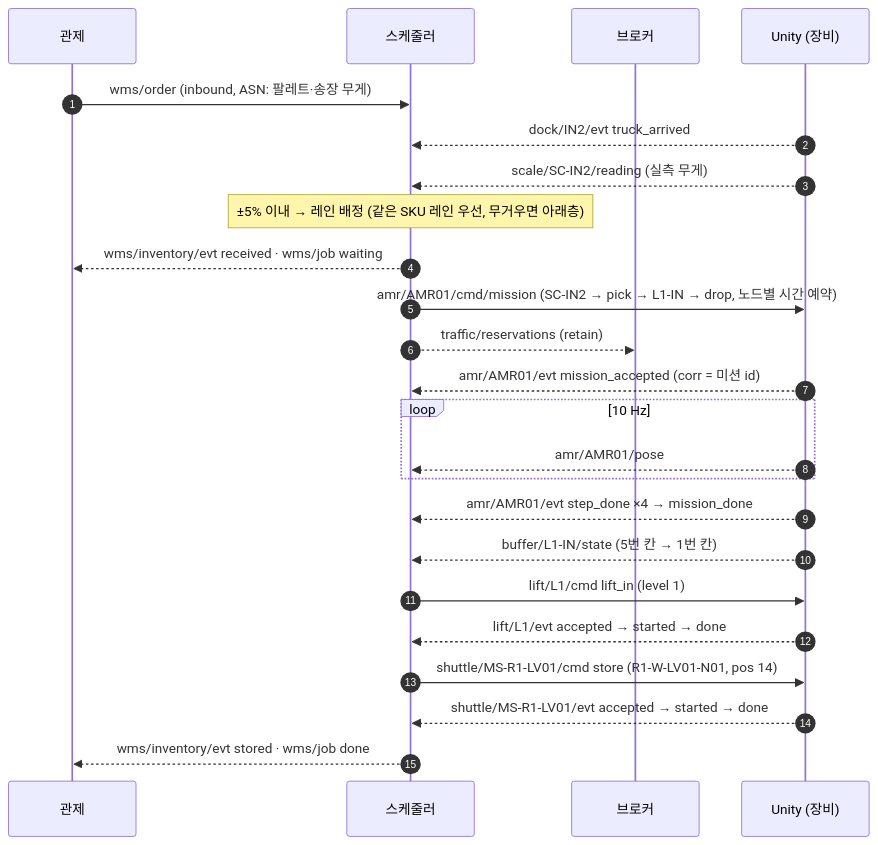
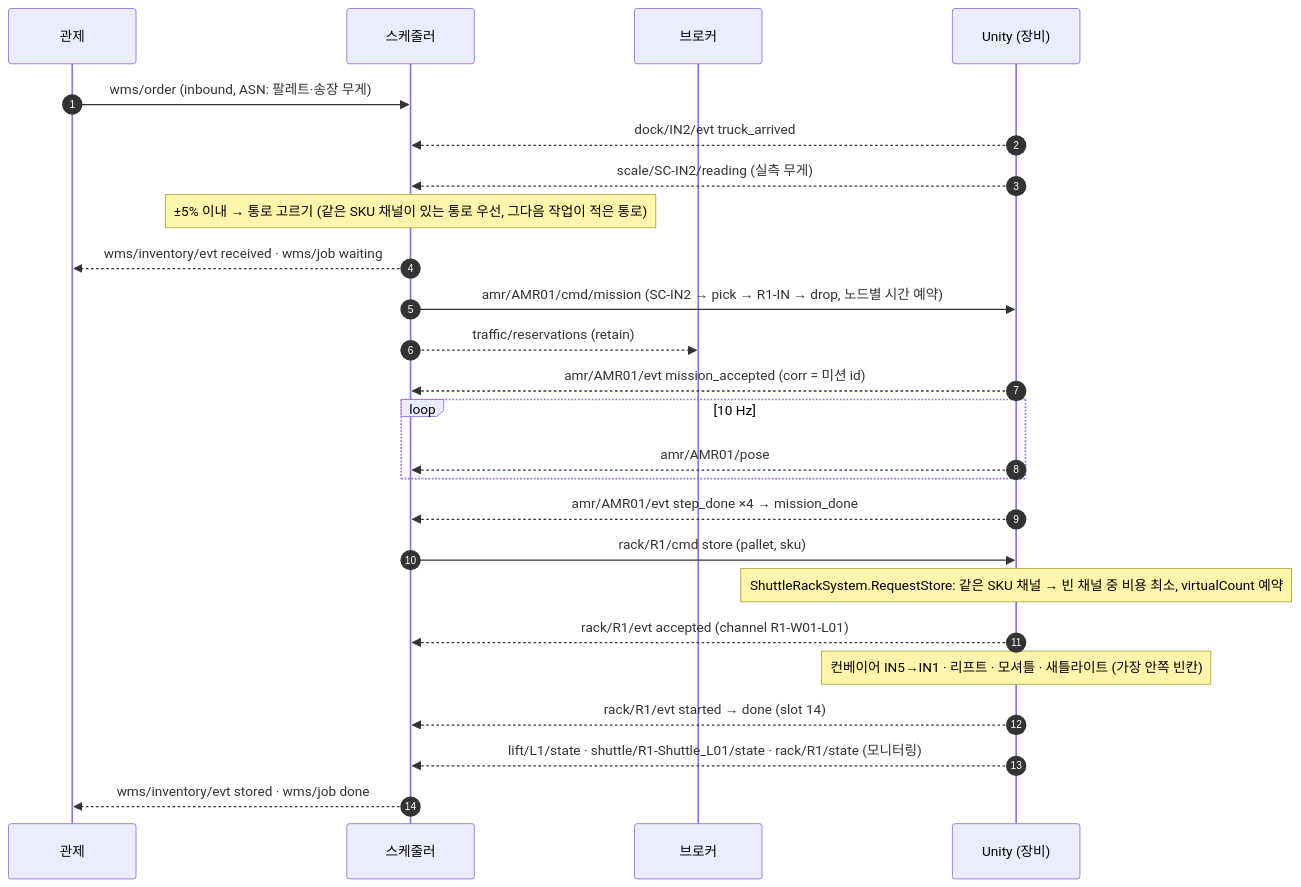
Before and after one commit to jml94-back/Fulfillment_Algorithm: the second of 6 diagrams in comm/README.md, drawn with Mermaid. The commit also changed other lines of this file and 100 other files, not shown here.

````diff
--- a/comm/README.md
+++ b/comm/README.md
@@ -178,26 +184,27 @@
 ```mermaid
 sequenceDiagram
   autonumber
   participant C as 관제
   participant S as 스케줄러
   participant B as 브로커
   participant U as Unity (장비)
   C->>S: wms/order (inbound, ASN: 팔레트·송장 무게)
   U-->>S: dock/IN2/evt truck_arrived
   U-->>S: scale/SC-IN2/reading (실측 무게)
-  Note over S: ±5% 이내 → 레인 배정 (같은 SKU 레인 우선, 무거우면 아래층)
+  Note over S: ±5% 이내 → 통로 고르기 (같은 SKU 채널이 있는 통로 우선, 그다음 작업이 적은 통로)
   S-->>C: wms/inventory/evt received · wms/job waiting
-  S->>U: amr/AMR01/cmd/mission (SC-IN2 → pick → L1-IN → drop, 노드별 시간 예약)
+  S->>U: amr/AMR01/cmd/mission (SC-IN2 → pick → R1-IN → drop, 노드별 시간 예약)
   S-->>B: traffic/reservations (retain)
   U-->>S: amr/AMR01/evt mission_accepted (corr = 미션 id)
   loop 10 Hz
     U-->>S: amr/AMR01/pose
   end
   U-->>S: amr/AMR01/evt step_done ×4 → mission_done
-  U-->>S: buffer/L1-IN/state (5번 칸 → 1번 칸)
-  S->>U: lift/L1/cmd lift_in (level 1)
-  U-->>S: lift/L1/evt accepted → started → done
-  S->>U: shuttle/MS-R1-LV01/cmd store (R1-W-LV01-N01, pos 14)
-  U-->>S: shuttle/MS-R1-LV01/evt accepted → started → done
+  S->>U: rack/R1/cmd store (pallet, sku)
+  Note over U: ShuttleRackSystem.RequestStore: 같은 SKU 채널 → 빈 채널 중 비용 최소, virtualCount 예약
+  U-->>S: rack/R1/evt accepted (channel R1-W01-L01)
+  Note over U: 컨베이어 IN5→IN1 · 리프트 · 모셔틀 · 새틀라이트 (가장 안쪽 빈칸)
+  U-->>S: rack/R1/evt started → done (slot 14)
+  U-->>S: lift/L1/state · shuttle/R1-Shuttle_L01/state · rack/R1/state (모니터링)
   S-->>C: wms/inventory/evt stored · wms/job done
 ```
````
